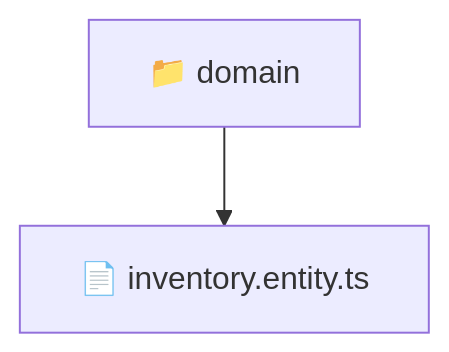
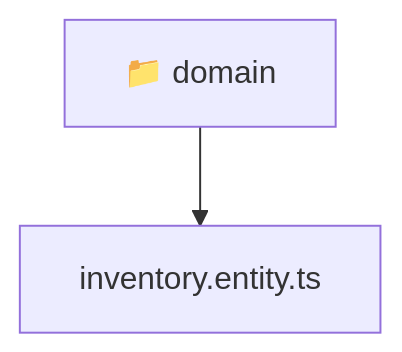
The diagram in backend/src/modules/inventory/domain/README.md (beginwebdev2002/fullstack-mavluda), drawn with Mermaid before and after one commit. The commit also changed other lines of this file and 167 other files, not shown here.

````diff
--- a/backend/src/modules/inventory/domain/README.md
+++ b/backend/src/modules/inventory/domain/README.md
@@ -9,5 +9,6 @@
 ```mermaid
 graph TD
-  Root["📁 domain"]
-  Root --> inventory_entity_ts["📄 inventory.entity.ts"]
+  Root_domain["📁 domain"]
+  f_inventory_entity_ts["inventory.entity.ts"]
+  Root_domain --> f_inventory_entity_ts
 ```
````
